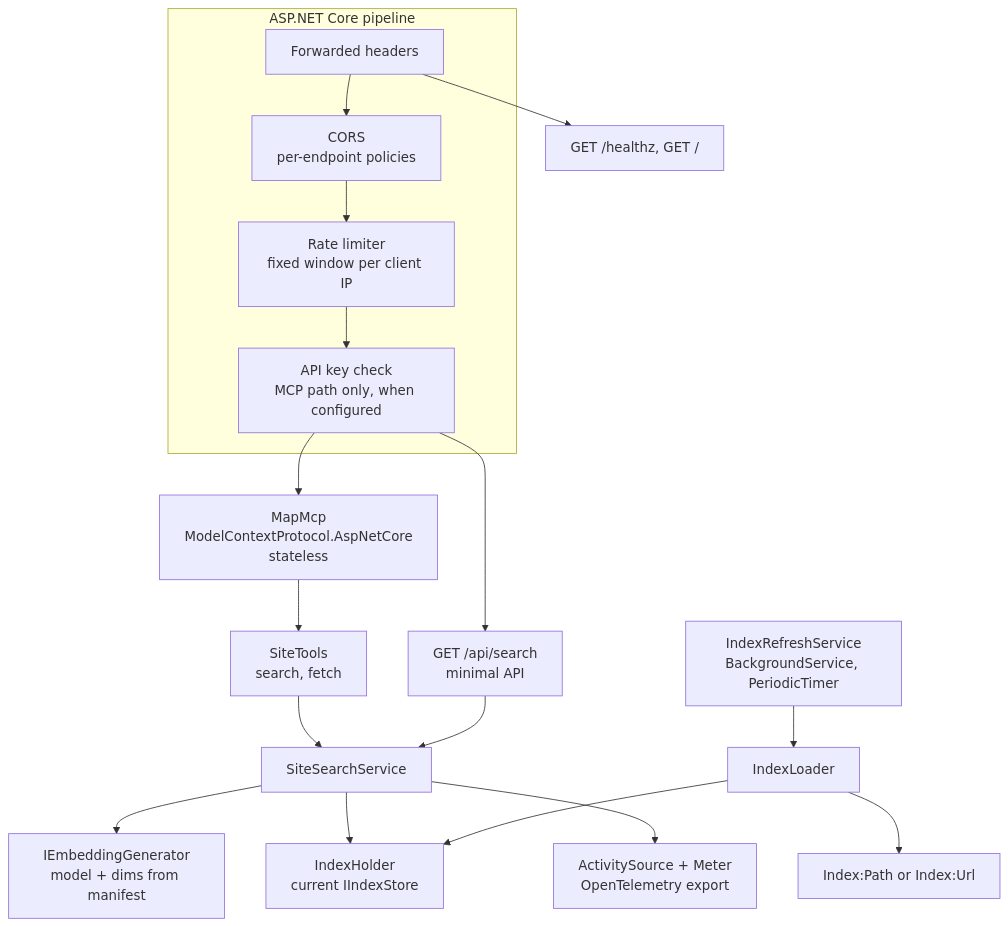
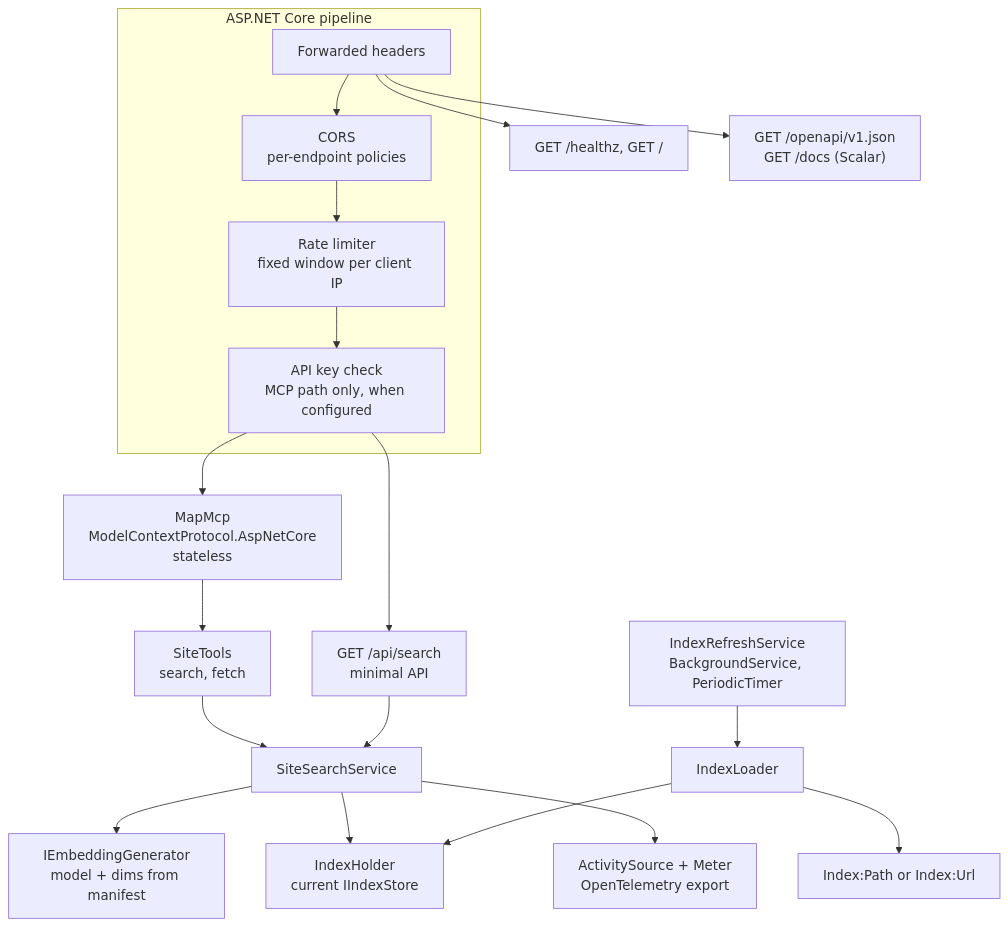
One commit to pournasserian/mcp-my-site changed the ninth of 11 diagrams in docs/architecture.md. Above: the diagram before and after it, drawn with Mermaid. The commit also changed other lines of this file and 9 other files, not shown here.

````diff
--- a/docs/architecture.md
+++ b/docs/architecture.md
@@ -328,19 +328,20 @@
 ```mermaid
 flowchart TB
     subgraph Pipeline["ASP.NET Core pipeline"]
         FH["Forwarded headers"] --> CORS["CORS<br/>per-endpoint policies"] --> RL["Rate limiter<br/>fixed window per client IP"] --> Key["API key check<br/>MCP path only, when configured"]
     end
     Key --> MCP["MapMcp<br/>ModelContextProtocol.AspNetCore<br/>stateless"]
     Key --> SAPI["GET /api/search<br/>minimal API"]
     FH --> H["GET /healthz, GET /"]
+    FH --> Docs["GET /openapi/v1.json<br/>GET /docs (Scalar)"]
 
     MCP --> Tools["SiteTools<br/>search, fetch"]
     Tools --> SS["SiteSearchService"]
     SAPI --> SS
     SS --> Gen["IEmbeddingGenerator<br/>model + dims from manifest"]
     SS --> Holder["IndexHolder<br/>current IIndexStore"]
     Loader["IndexLoader"] --> Holder
     Refresh["IndexRefreshService<br/>BackgroundService, PeriodicTimer"] --> Loader
     Loader --> Src["Index:Path or Index:Url"]
     SS --> Tel["ActivitySource + Meter<br/>OpenTelemetry export"]
 ```
````
